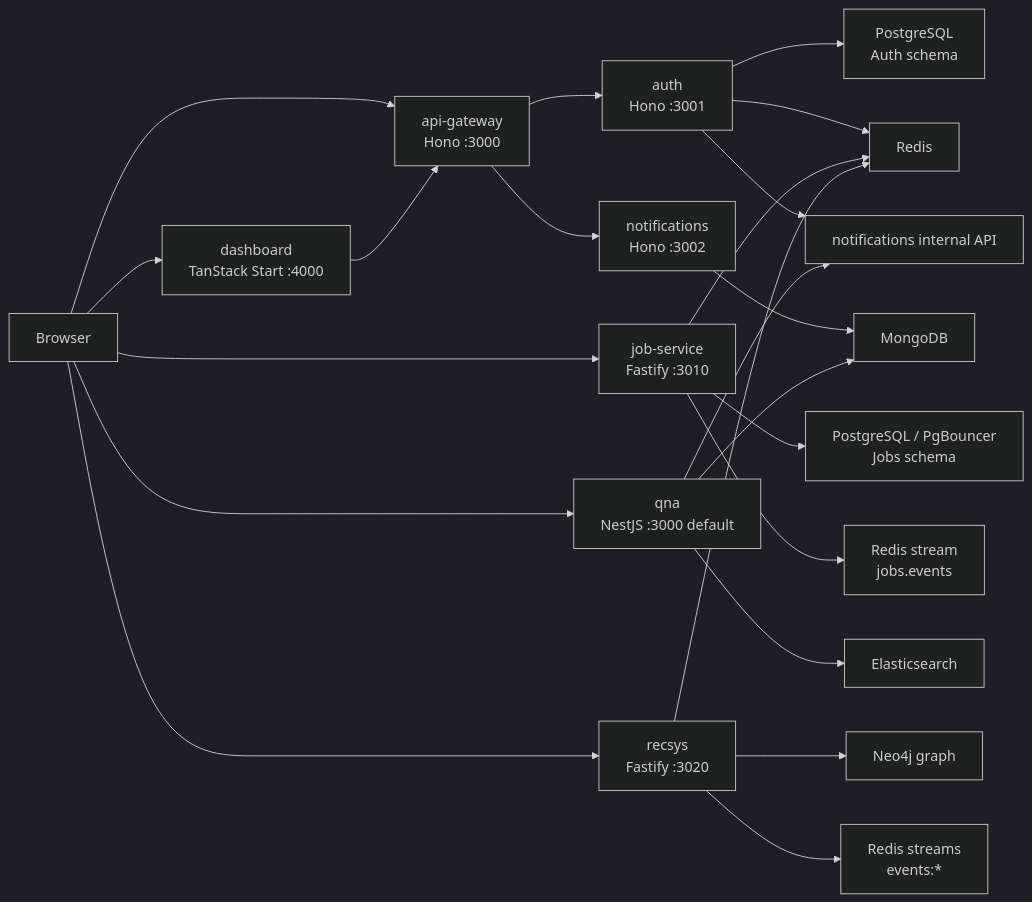
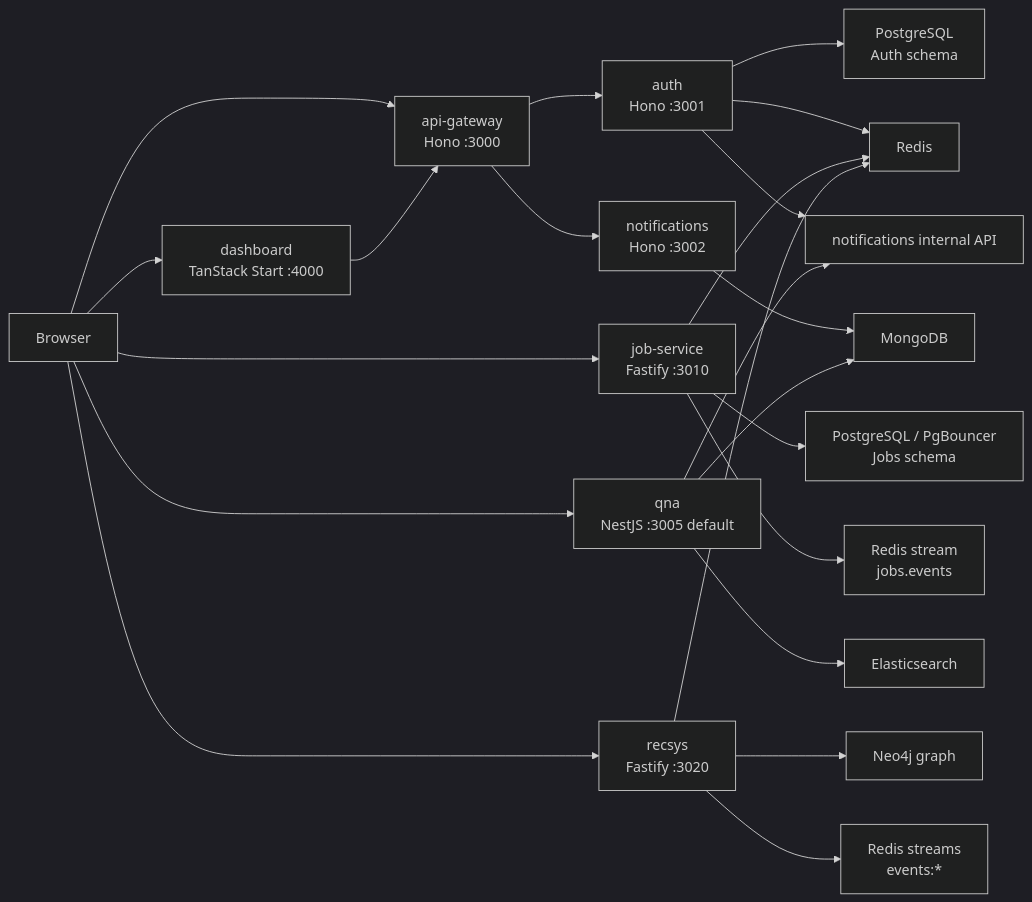
One commit to zgid123/master-project-advanced-database changed the first of 7 diagrams in ARCHITECTURE.md. Above: the diagram before and after it, drawn with Mermaid (dark theme). The commit also changed 18 other files, not shown here.

````diff
--- a/ARCHITECTURE.md
+++ b/ARCHITECTURE.md
@@ -17,29 +17,29 @@
 ```mermaid
 flowchart LR
   Browser["Browser"] --> Dashboard["dashboard\nTanStack Start :4000"]
   Browser --> Gateway["api-gateway\nHono :3000"]
   Browser --> Jobs["job-service\nFastify :3010"]
-  Browser --> Qna["qna\nNestJS :3000 default"]
+  Browser --> Qna["qna\nNestJS :3005 default"]
   Browser --> RecSys["recsys\nFastify :3020"]
 
   Dashboard --> Gateway
   Gateway --> Auth["auth\nHono :3001"]
   Gateway --> Notifications["notifications\nHono :3002"]
 
   Auth --> AuthPg["PostgreSQL\nAuth schema"]
   Auth --> Redis["Redis"]
   Auth --> NotificationsInternal["notifications internal API"]
 
   Notifications --> Mongo["MongoDB"]
   Qna --> Mongo
   Qna --> Elasticsearch["Elasticsearch"]
   Qna --> NotificationsInternal
 
   Jobs --> JobsPg["PostgreSQL / PgBouncer\nJobs schema"]
   Jobs --> Redis
   Jobs --> JobsOutbox["Redis stream\njobs.events"]
 
   RecSys --> Neo4j["Neo4j graph"]
   RecSys --> Redis
   RecSys --> RecSysStreams["Redis streams\nevents:*"]
 ```
````
